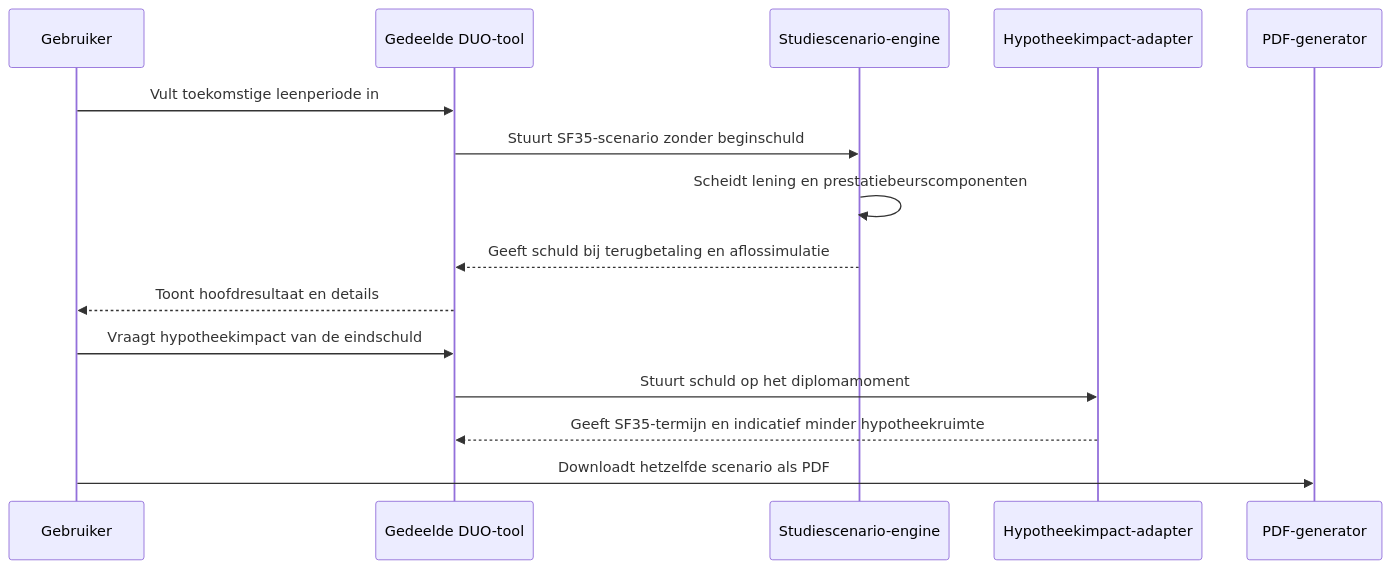
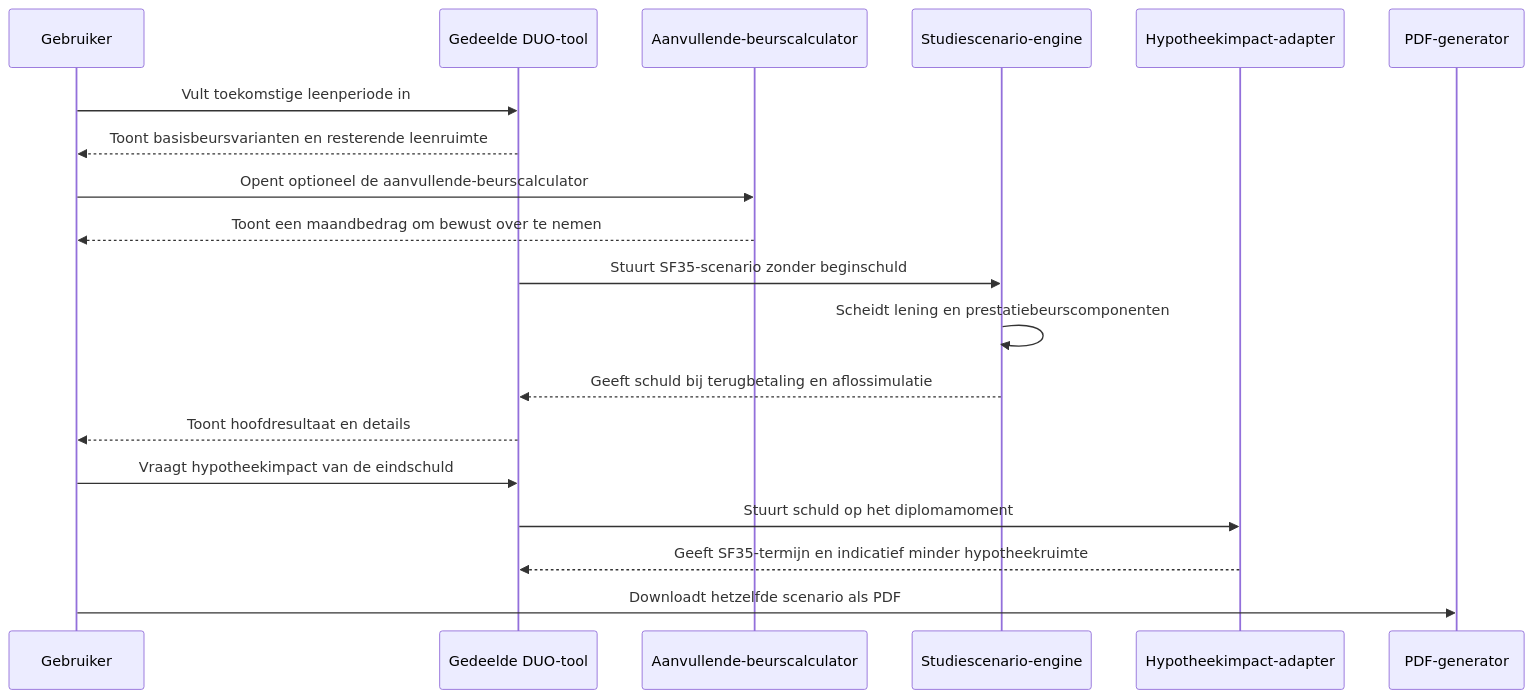
One commit to oli4vos/projectwebsite changed the fourth of 4 diagrams in apps/duo-schuld-bij-starten-lenen/PROCESS.md. Above: the diagram before and after it, drawn with Mermaid. The commit also changed other lines of this file and 10 other files, not shown here.

````diff
--- a/apps/duo-schuld-bij-starten-lenen/PROCESS.md
+++ b/apps/duo-schuld-bij-starten-lenen/PROCESS.md
@@ -112,17 +122,21 @@
 ```mermaid
 sequenceDiagram
   participant U as Gebruiker
   participant F as Gedeelde DUO-tool
+  participant A as Aanvullende-beurscalculator
   participant E as Studiescenario-engine
   participant H as Hypotheekimpact-adapter
   participant P as PDF-generator
   U->>F: Vult toekomstige leenperiode in
+  F-->>U: Toont basisbeursvarianten en resterende leenruimte
+  U->>A: Opent optioneel de aanvullende-beurscalculator
+  A-->>U: Toont een maandbedrag om bewust over te nemen
   F->>E: Stuurt SF35-scenario zonder beginschuld
   E->>E: Scheidt lening en prestatiebeurscomponenten
   E-->>F: Geeft schuld bij terugbetaling en aflossimulatie
   F-->>U: Toont hoofdresultaat en details
   U->>F: Vraagt hypotheekimpact van de eindschuld
   F->>H: Stuurt schuld op het diplomamoment
   H-->>F: Geeft SF35-termijn en indicatief minder hypotheekruimte
   U->>P: Downloadt hetzelfde scenario als PDF
 ```
````
